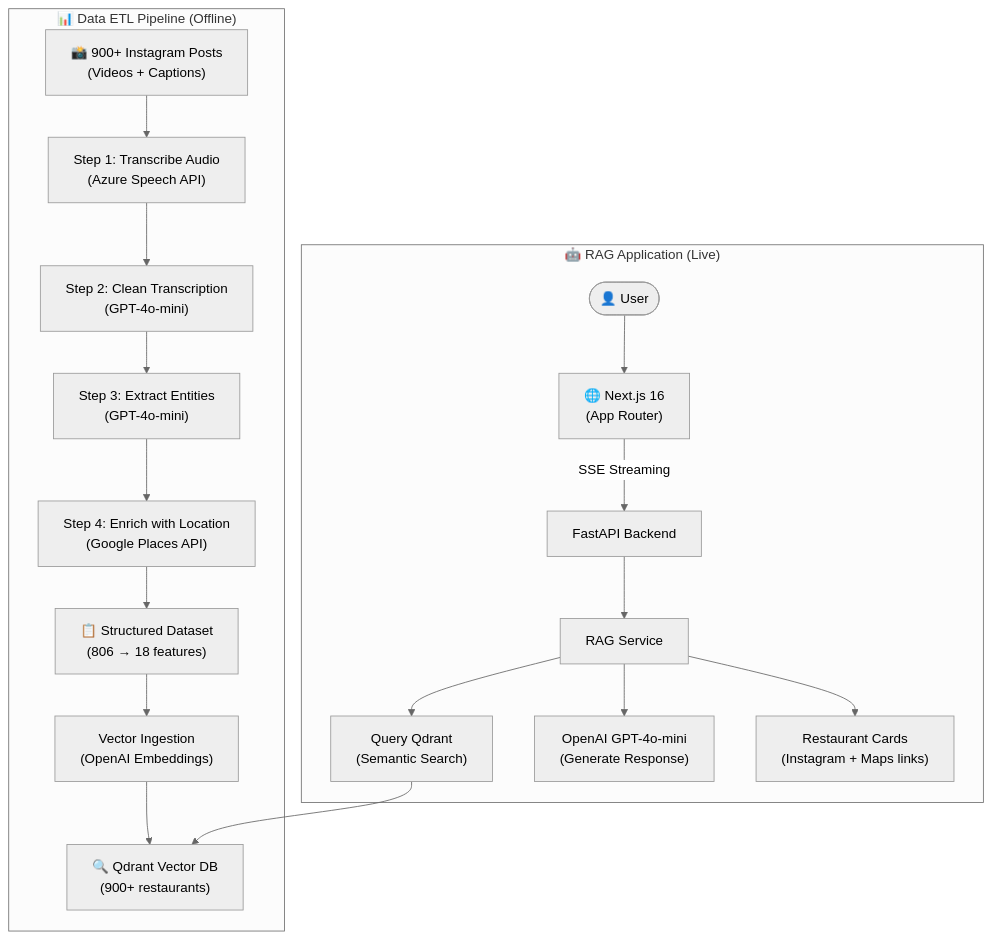
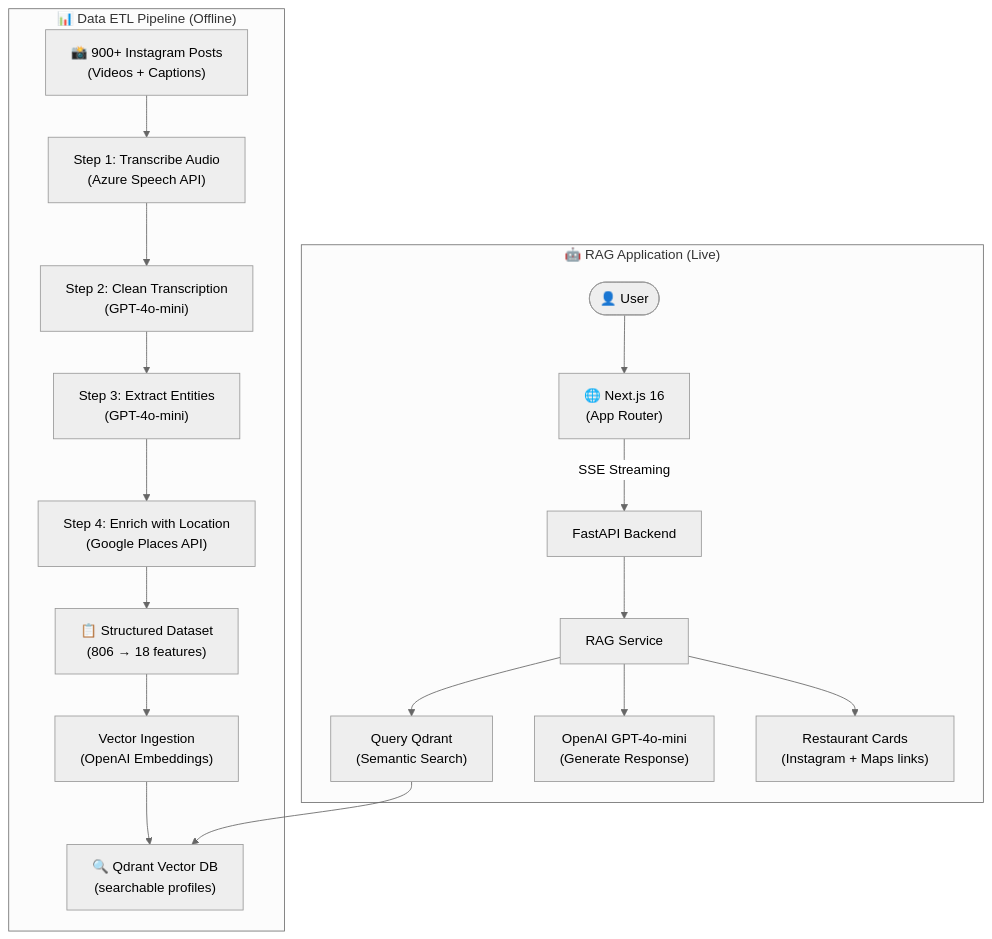
Before and after one commit to Fauza27/Fauza-Personal-Portofolio-Website: the first of 3 diagrams in content/projects/food-chatbot.mdx, drawn with Mermaid (neutral theme). The commit also changed other lines of this file and 13 other files, not shown here.

````diff
--- a/content/projects/food-chatbot.mdx
+++ b/content/projects/food-chatbot.mdx
@@ -44,22 +44,22 @@
 ```mermaid
 flowchart TD
     subgraph ETL ["📊 Data ETL Pipeline (Offline)"]
         IG["📸 900+ Instagram Posts\n(Videos + Captions)"] --> S1["Step 1: Transcribe Audio\n(Azure Speech API)"]
         S1 --> S2["Step 2: Clean Transcription\n(GPT-4o-mini)"]
         S2 --> S3["Step 3: Extract Entities\n(GPT-4o-mini)"]
         S3 --> S4["Step 4: Enrich with Location\n(Google Places API)"]
         S4 --> CSV["📋 Structured Dataset\n(806 → 18 features)"]
         CSV --> Ingest["Vector Ingestion\n(OpenAI Embeddings)"]
-        Ingest --> Qdrant["🔍 Qdrant Vector DB\n(900+ restaurants)"]
+        Ingest --> Qdrant["🔍 Qdrant Vector DB\n(searchable profiles)"]
     end
 
     subgraph App ["🤖 RAG Application (Live)"]
         User(["👤 User"]) --> Next["🌐 Next.js 16\n(App Router)"]
         Next -->|SSE Streaming| API["FastAPI Backend"]
         API --> RAG["RAG Service"]
         RAG --> QQ["Query Qdrant\n(Semantic Search)"]
         RAG --> LLM["OpenAI GPT-4o-mini\n(Generate Response)"]
         QQ --> Qdrant
         RAG --> Cards["Restaurant Cards\n(Instagram + Maps links)"]
     end
 ```
````
